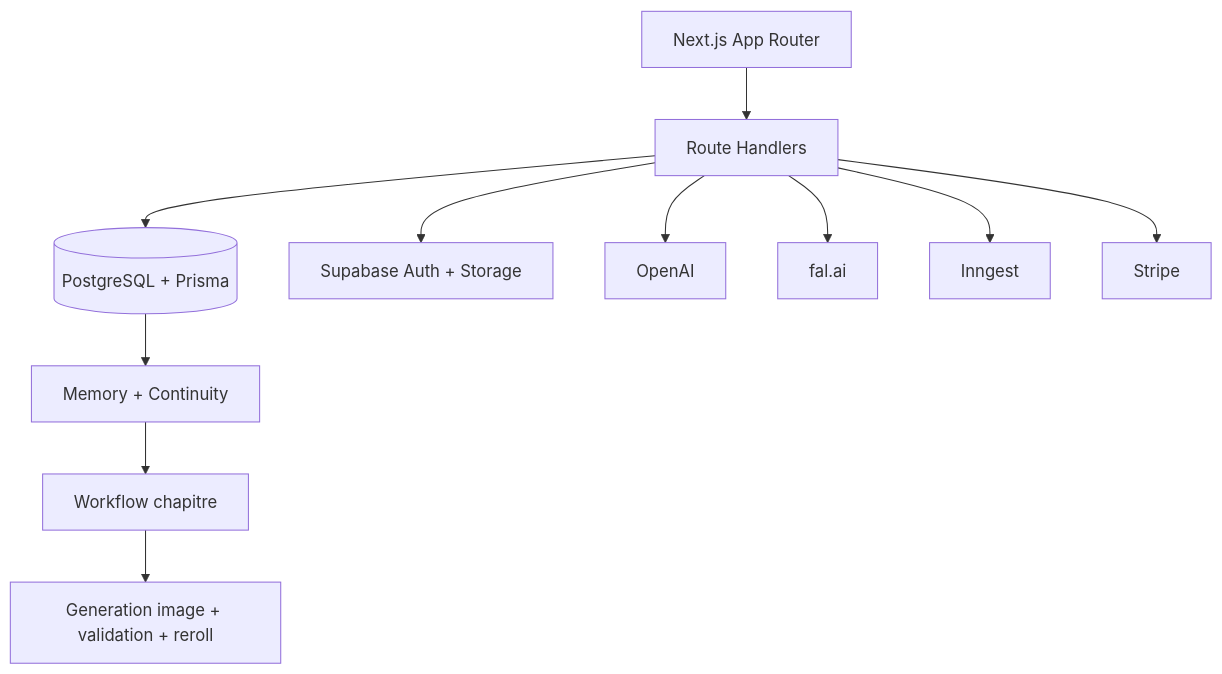
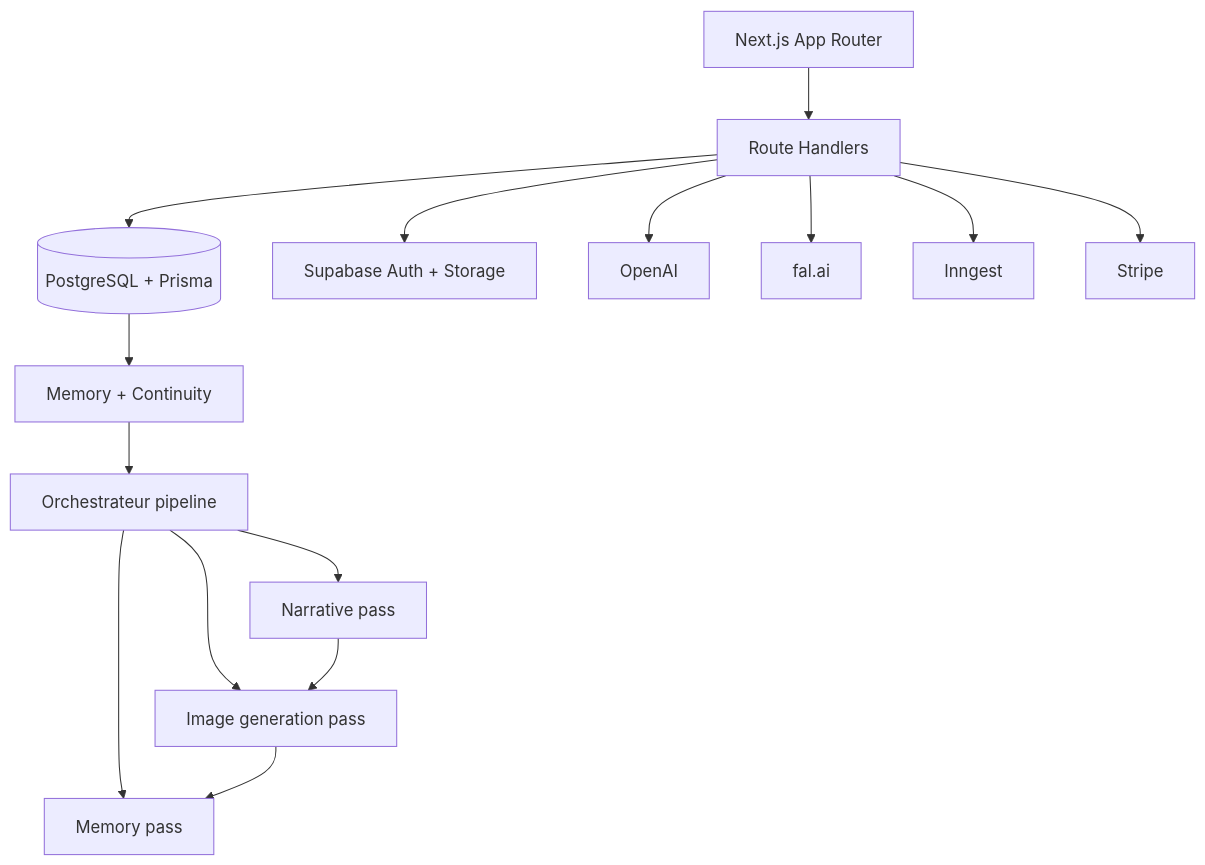
One commit to Putsch13/mymanga changed the diagram in README.md. Above: the diagram before and after it, drawn with Mermaid. The commit also changed other lines of this file and 2 other files, not shown here.

Commit message:
fix(v12): remove phantom props from image pass call, update README
Drop 5 unused variables from narrativeResult destructuring and loraByCharId from image pass input type — none were consumed downstream. Update README to reflect the 3-pass modular pipeline architecture.

Made-with: Cursor

````diff
--- a/README.md
+++ b/README.md
@@ -66,13 +70,17 @@
 ```mermaid
 flowchart TB
   UI[Next.js App Router] --> API[Route Handlers]
   API --> DB[(PostgreSQL + Prisma)]
   API --> SB[Supabase Auth + Storage]
   API --> OAI[OpenAI]
   API --> FAL[fal.ai]
   API --> ING[Inngest]
   API --> STRIPE[Stripe]
   DB --> MEM[Memory + Continuity]
-  MEM --> WF[Workflow chapitre]
-  WF --> IMG[Generation image + validation + reroll]
+  MEM --> ORCH[Orchestrateur pipeline]
+  ORCH --> NP[Narrative pass]
+  ORCH --> IP[Image generation pass]
+  ORCH --> MP[Memory pass]
+  NP --> IP
+  IP --> MP
 ```
````
